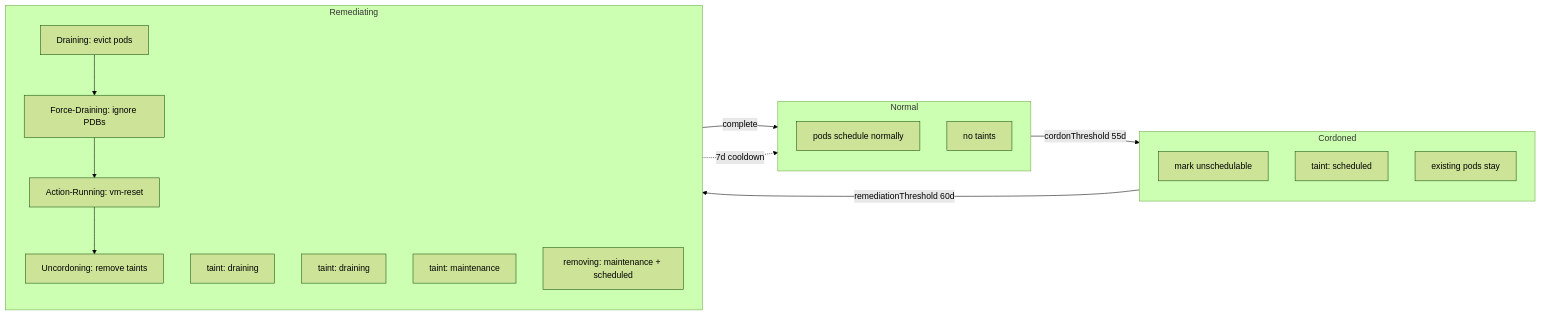
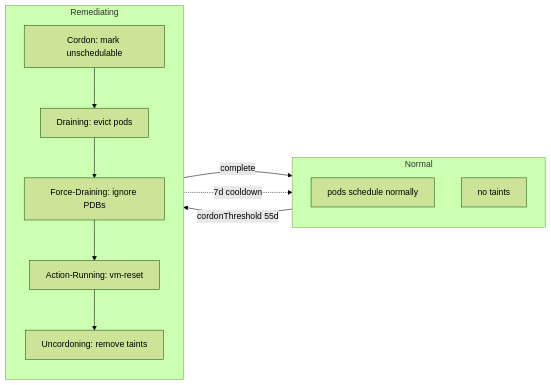
One commit to chekolyn/cmk-node-remediator changed the diagram in README.md. Above: the diagram before and after it, drawn with Mermaid (forest theme). The commit also changed other lines of this file and 40 other files, not shown here.

````diff
--- a/README.md
+++ b/README.md
@@ -65,31 +68,21 @@
 ```mermaid
 flowchart LR
     subgraph Normal[Normal]
         N1[pods schedule normally]
         N2[no taints]
     end
 
-    subgraph Cordoned[Cordoned]
-        C1[mark unschedulable]
-        C2[taint: scheduled]
-        C3[existing pods stay]
+    subgraph Remediating[Remediating]
+        direction TB
+        C[Cordon: mark unschedulable]
+        D[Draining: evict pods]
+        F[Force-Draining: ignore PDBs]
+        A[Action-Running: vm-reset]
+        U[Uncordoning: remove taints]
+        C --> D --> F --> A --> U
     end
 
-    subgraph Remediating[Remediating]
-        direction TB
-        D[Draining: evict pods]
-        D2[taint: draining]
-        F[Force-Draining: ignore PDBs]
-        F2[taint: draining]
-        A[Action-Running: vm-reset]
-        A2[taint: maintenance]
-        U[Uncordoning: remove taints]
-        U2[removing: maintenance + scheduled]
-        D --> F --> A --> U
-    end
-
-    Normal -->|cordonThreshold 55d| Cordoned
-    Cordoned -->|remediationThreshold 60d| Remediating
+    Normal -->|cordonThreshold 55d| Remediating
     Remediating -->|complete| Normal
     Remediating -.->|7d cooldown| Normal
 ```
````
